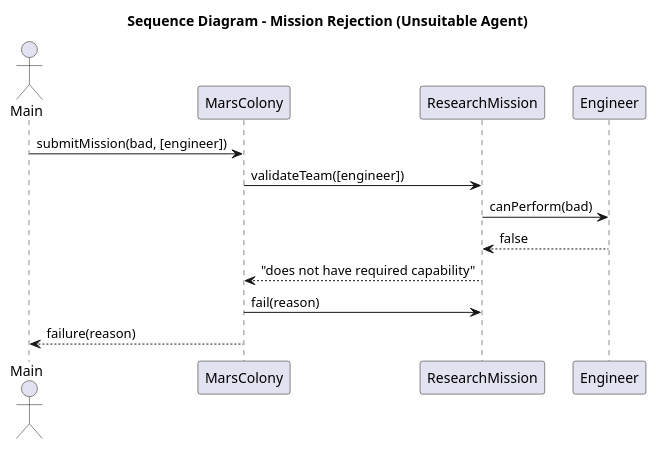
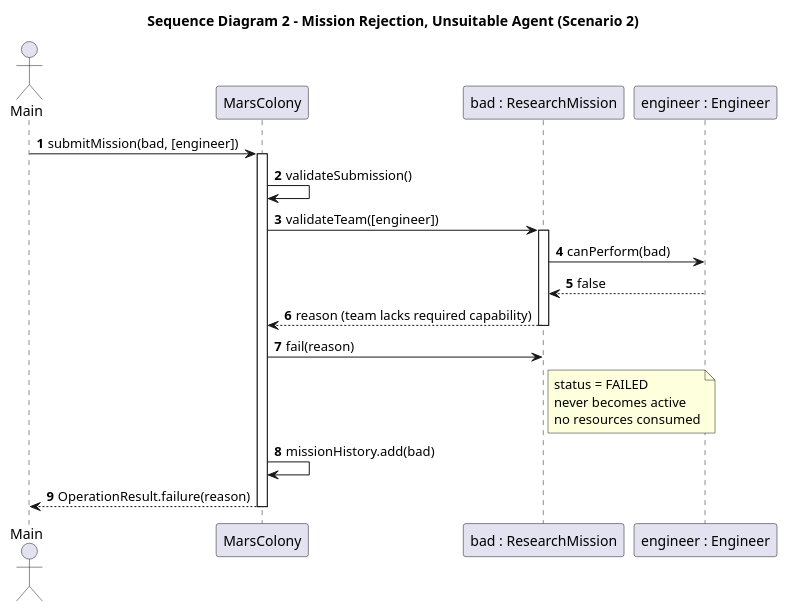
The diagram in uml/04b_sequence_mission_rejection.puml (a7medhassan-159/Prog-II-Lab5-Mars-Colony-), drawn with PlantUML before and after one commit. The commit also changed 15 other files, not shown here.

```diff
--- a/uml/04b_sequence_mission_rejection.puml
+++ b/uml/04b_sequence_mission_rejection.puml
@@ -1,16 +1,25 @@
-@startuml
-title Sequence Diagram - Mission Rejection (Unsuitable Agent)
+@startuml 04b_sequence_mission_rejection
+title Sequence Diagram 2 - Mission Rejection, Unsuitable Agent (Scenario 2)
+skinparam shadowing false
+autonumber
 
 actor Main
-participant MarsColony
-participant ResearchMission
-participant Engineer
+participant "MarsColony" as C
+participant "bad : ResearchMission" as M
+participant "engineer : Engineer" as E
 
-Main -> MarsColony : submitMission(bad, [engineer])
-MarsColony -> ResearchMission : validateTeam([engineer])
-ResearchMission -> Engineer : canPerform(bad)
-Engineer --> ResearchMission : false
-ResearchMission --> MarsColony : "does not have required capability"
-MarsColony -> ResearchMission : fail(reason)
-MarsColony --> Main : failure(reason)
+Main -> C : submitMission(bad, [engineer])
+activate C
+C -> C : validateSubmission()
+C -> M : validateTeam([engineer])
+activate M
+M -> E : canPerform(bad)
+E --> M : false
+M --> C : reason (team lacks required capability)
+deactivate M
+C -> M : fail(reason)
+note right of M : status = FAILED\nnever becomes active\nno resources consumed
+C -> C : missionHistory.add(bad)
+C --> Main : OperationResult.failure(reason)
+deactivate C
 @enduml
```
